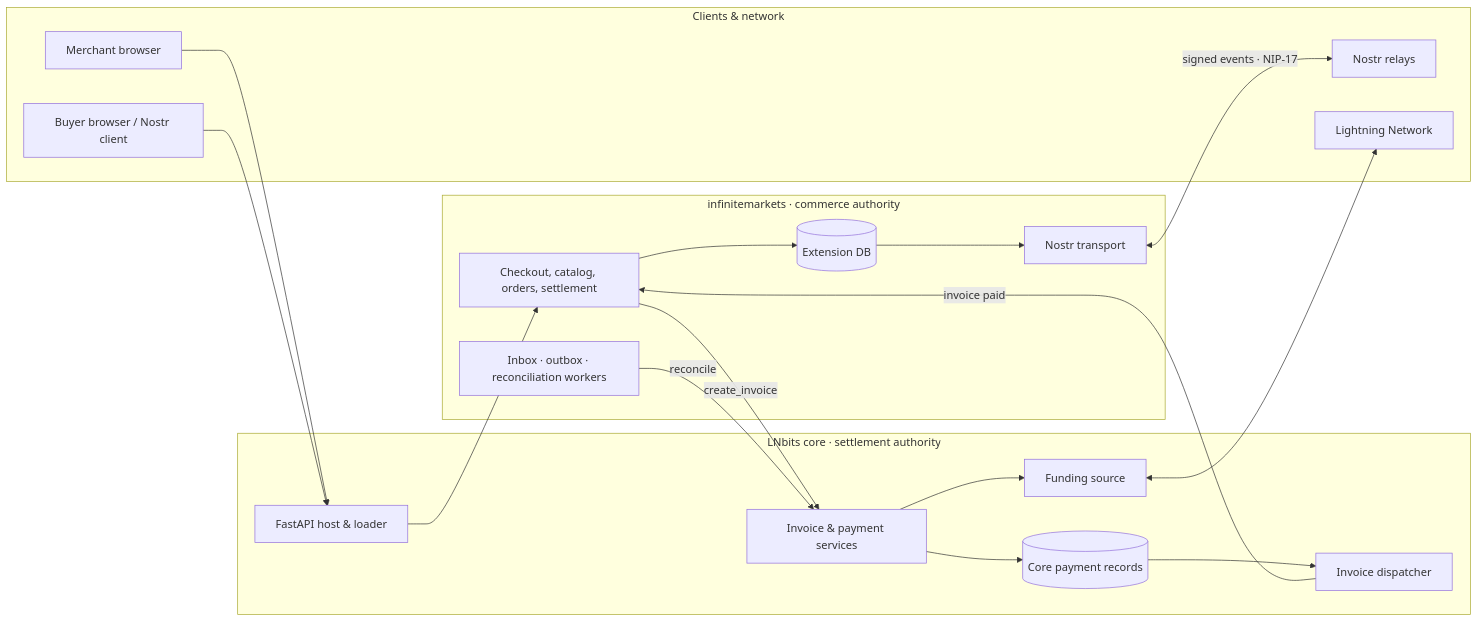
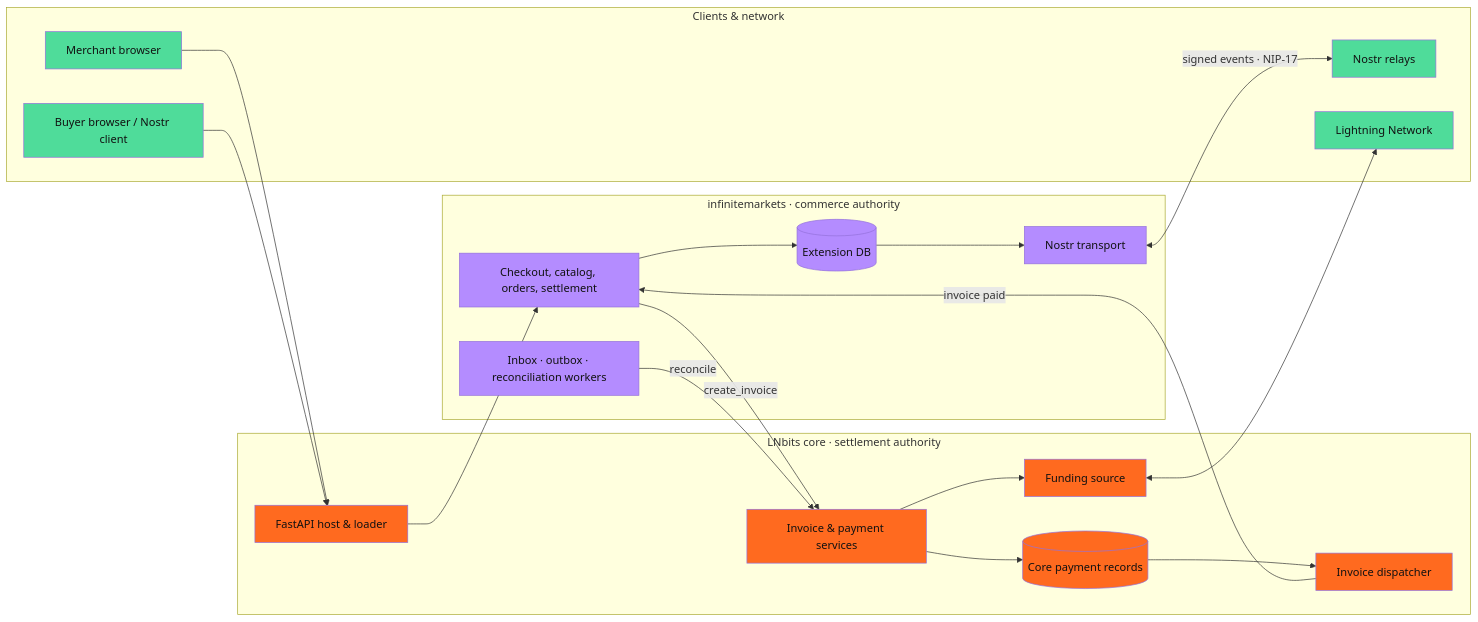
Before and after one commit to bitkarrot/infinitemarkets: the second of 4 diagrams in docs/viewer/slides/deck.md, drawn with Mermaid. The commit also changed 1 other file, not shown here.

Commit message:
Color the who-owns-what diagram by ownership
LNbits core nodes are orange (matching the earlier LNbits slides),
infinitemarkets nodes purple, and clients & network stay green, in both
the deck and the overview.

````diff
--- a/docs/viewer/slides/deck.md
+++ b/docs/viewer/slides/deck.md
@@ -164,35 +164,41 @@
 ```mermaid
 flowchart LR
     subgraph Clients["Clients & network"]
         M[Merchant browser]
         B[Buyer browser / Nostr client]
         R[Nostr relays]
         L[Lightning Network]
     end
     subgraph Core["LNbits core · settlement authority"]
         H[FastAPI host & loader]
         I[Invoice & payment services]
         P[(Core payment records)]
         F[Funding source]
         T[Invoice dispatcher]
     end
     subgraph Ext["infinitemarkets · commerce authority"]
         S[Checkout, catalog, orders, settlement]
         W[Inbox · outbox · reconciliation workers]
         D[(Extension DB)]
         X[Nostr transport]
     end
     M --> H
     B --> H
     H --> S
     S --> D
     S -->|create_invoice| I
     I --> P
     I --> F
     F <--> L
     P --> T
     T -->|invoice paid| S
     W -->|reconcile| I
     D --> X
     X <-->|signed events · NIP-17| R
+    classDef client fill:#4fdc9a,color:#111111
+    classDef core fill:#ff6a1f,color:#111111
+    classDef ext fill:#b48cff,color:#111111
+    class M,B,R,L client
+    class H,I,P,F,T core
+    class S,W,D,X ext
 ```
````
